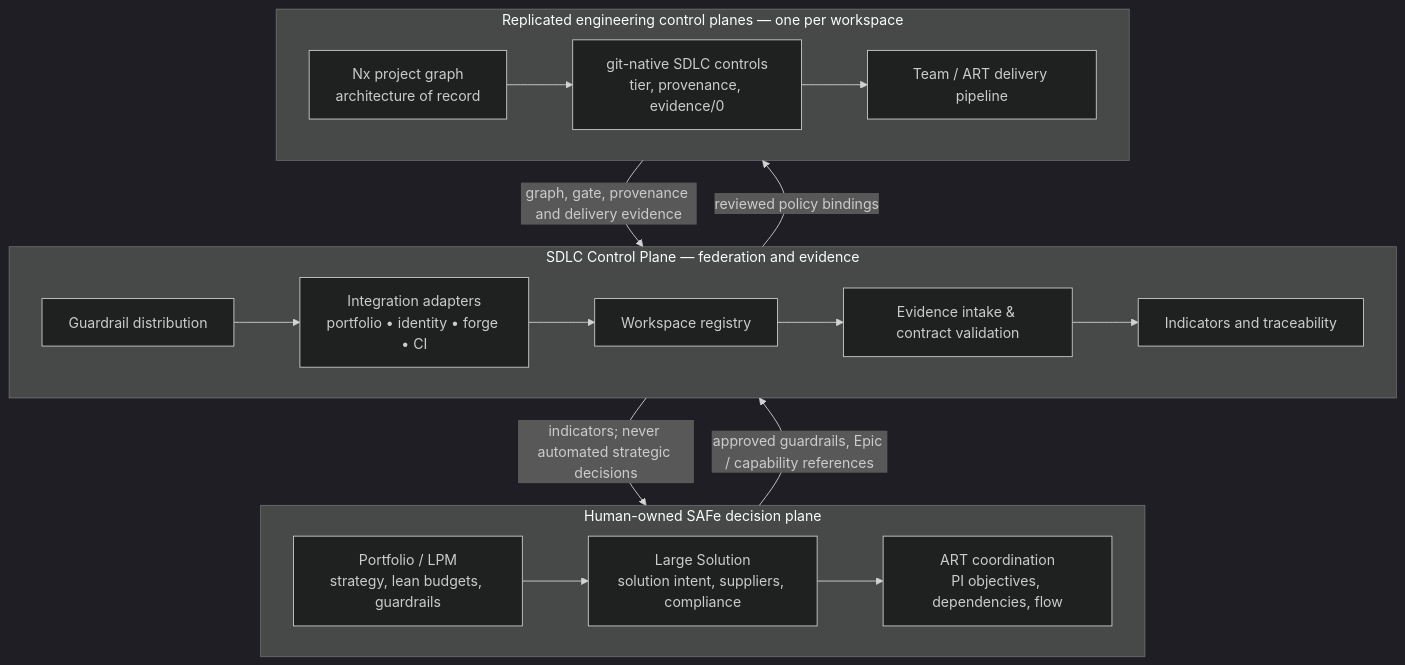
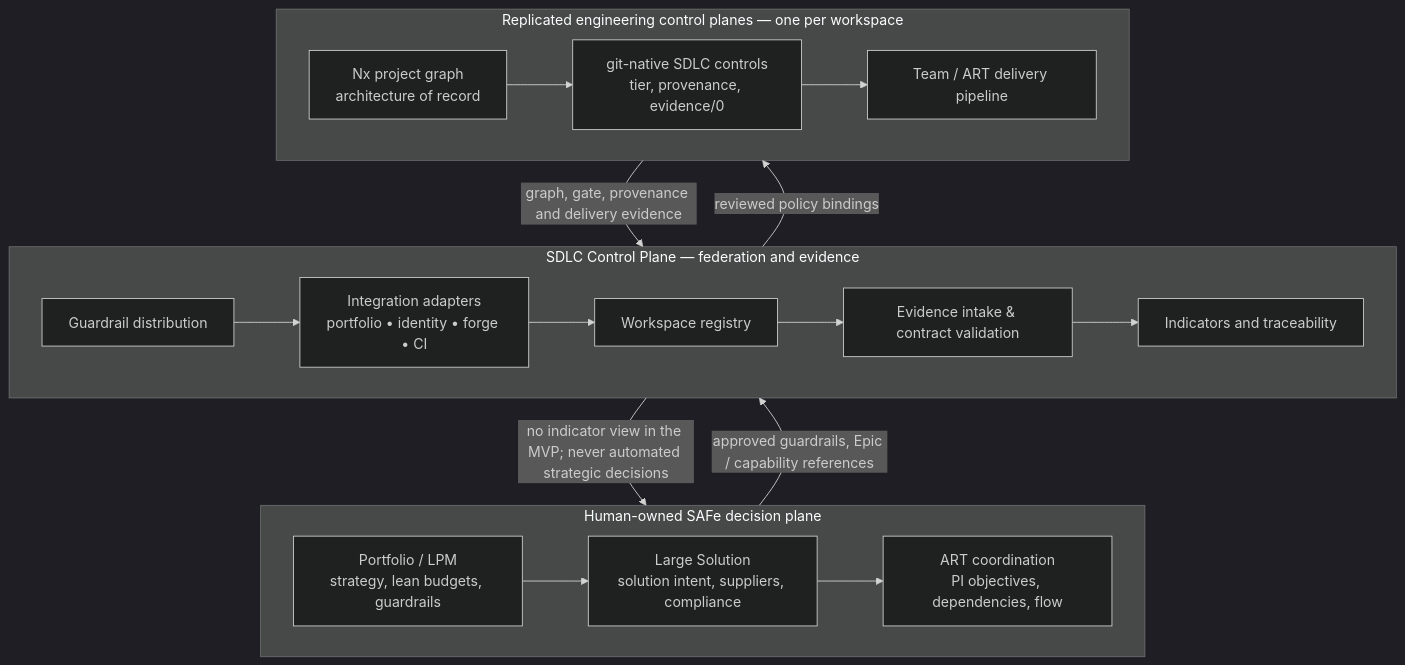
The diagram in docs/architecture/overview.md (codeaiforge/sdlc-control-plane), drawn with Mermaid (dark theme) before and after one commit. The commit also changed other lines of this file, not shown here.

First line of the commit message:
docs(architecture): name workload-identity

````diff
--- a/docs/architecture/overview.md
+++ b/docs/architecture/overview.md
@@ -5,32 +5,32 @@
 ```mermaid
 flowchart TB
   subgraph Organizational[Human-owned SAFe decision plane]
     P[Portfolio / LPM\nstrategy, lean budgets, guardrails]
     S[Large Solution\nsolution intent, suppliers, compliance]
     A[ART coordination\nPI objectives, dependencies, flow]
     P --> S --> A
   end
 
   subgraph Core[SDLC Control Plane — federation and evidence]
     R[Workspace registry]
     I[Integration adapters\nportfolio • identity • forge • CI]
     E[Evidence intake & contract validation]
     G[Guardrail distribution]
     M[Indicators and traceability]
     R --> E --> M
     I --> R
     G --> I
   end
 
   subgraph Engineering[Replicated engineering control planes — one per workspace]
     N[Nx project graph\narchitecture of record]
     C[git-native SDLC controls\ntier, provenance, evidence/0]
     W[Team / ART delivery pipeline]
     N --> C --> W
   end
 
   Organizational -->|approved guardrails, Epic / capability references| Core
   Core -->|reviewed policy bindings| Engineering
   Engineering -->|graph, gate, provenance and delivery evidence| Core
-  Core -->|indicators; never automated strategic decisions| Organizational
+  Core -->|no indicator view in the MVP; never automated strategic decisions| Organizational
 ```
````
